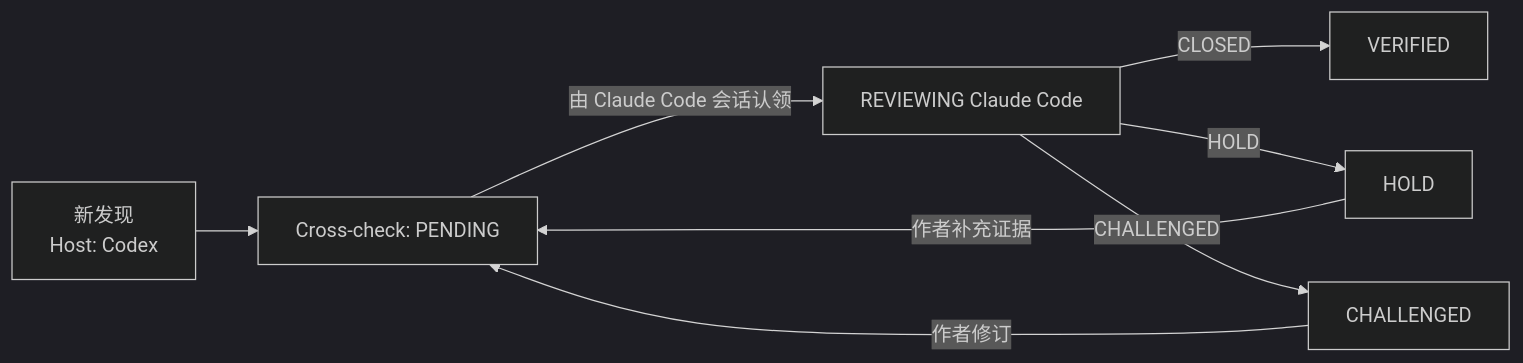
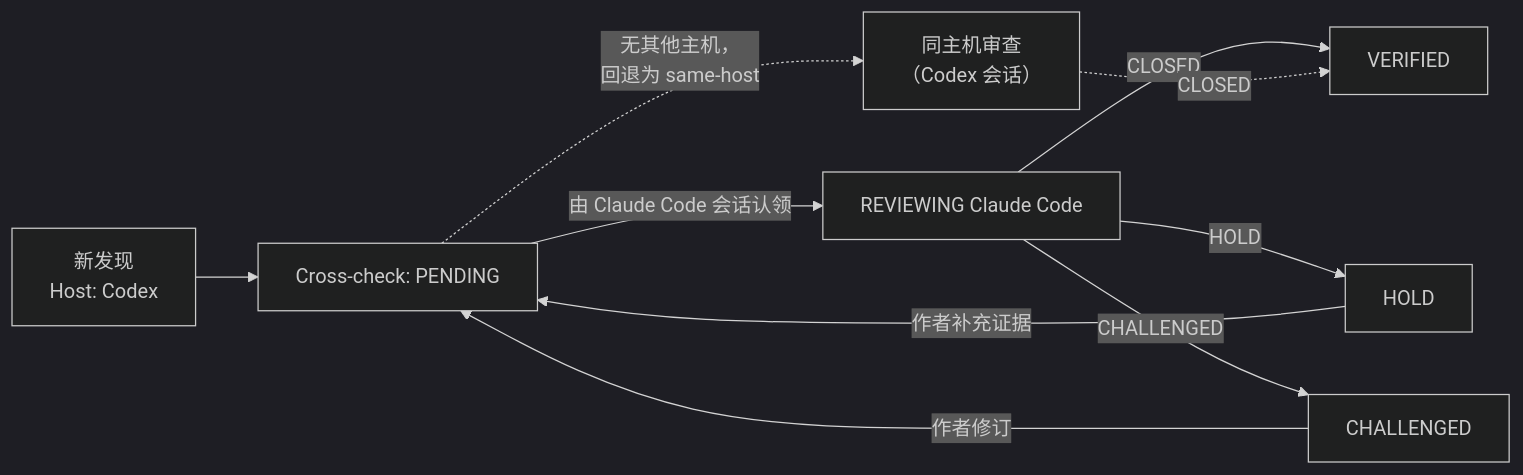
Before and after one commit to TaeyanG4/research-orchestrator-skill: the third of 3 diagrams in README.zh-CN.md, drawn with Mermaid (dark theme). The commit also changed other lines of this file and 19 other files, not shown here.

````diff
--- a/README.zh-CN.md
+++ b/README.zh-CN.md
@@ -338,10 +374,12 @@
 ```mermaid
 flowchart LR
     N[新发现<br/>Host: Codex] --> P[Cross-check: PENDING]
     P -->|由 Claude Code 会话认领| R[REVIEWING Claude Code]
     R -->|CLOSED| V[VERIFIED]
     R -->|HOLD| H[HOLD]
     R -->|CHALLENGED| C[CHALLENGED]
     H -->|作者补充证据| P
     C -->|作者修订| P
+    P -.->|"无其他主机，<br/>回退为 same-host"| F["同主机审查<br/>（Codex 会话）"]
+    F -.->|CLOSED| V
 ```
````
